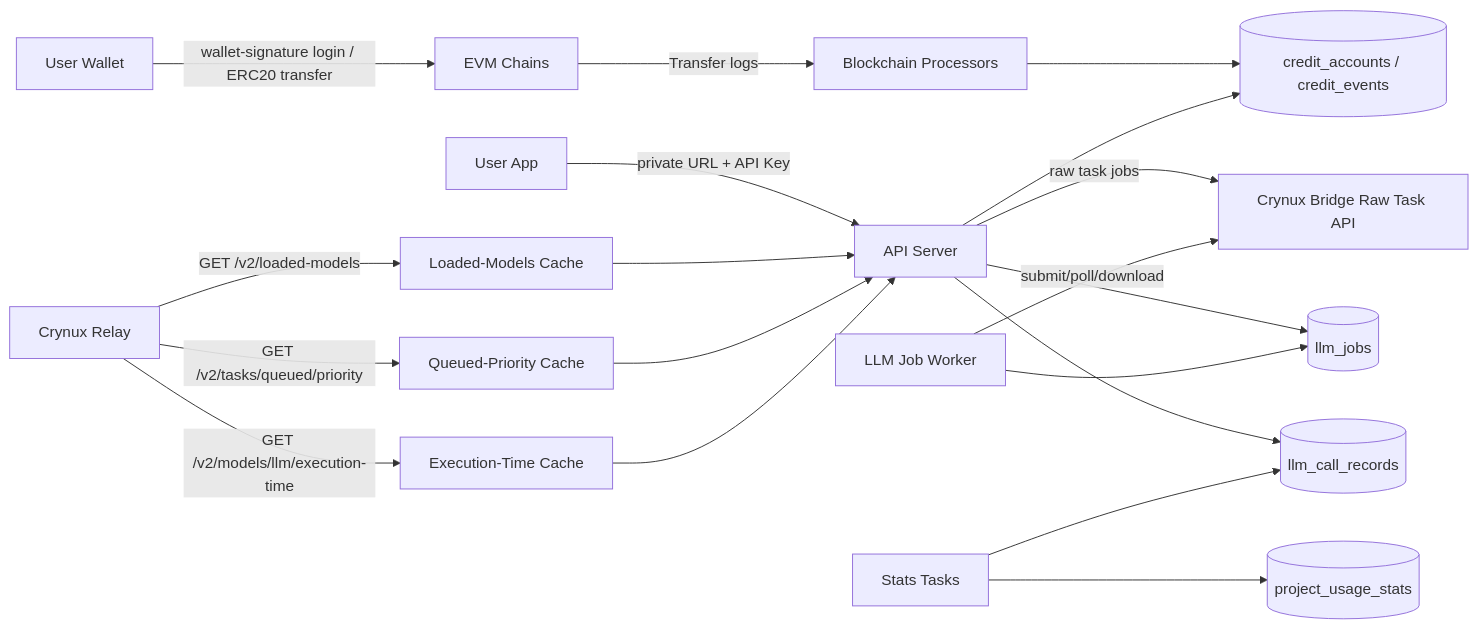
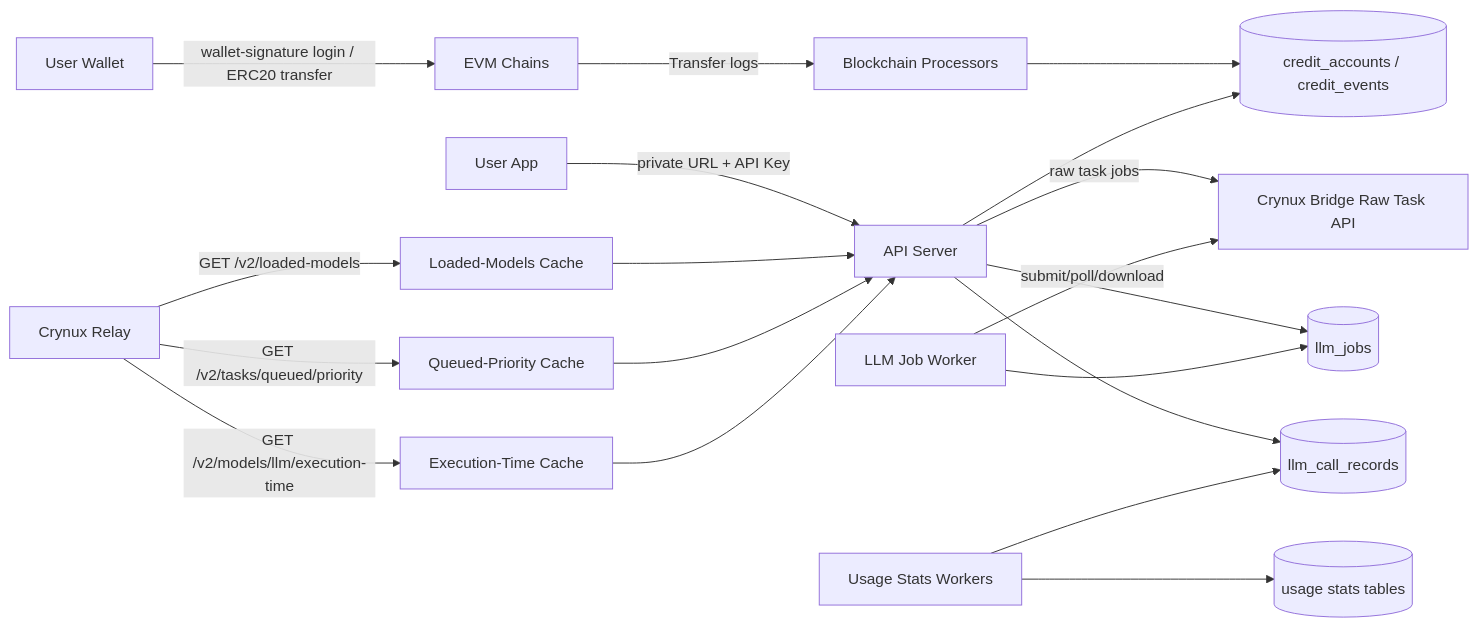
One commit to crynux-network/crynux-as changed the diagram in docs/architecture.md. Above: the diagram before and after it, drawn with Mermaid. The commit also changed other lines of this file and 31 other files, not shown here.

Commit message:
[feature] usage stats

````diff
--- a/docs/architecture.md
+++ b/docs/architecture.md
@@ -9,21 +9,21 @@
 ```mermaid
 flowchart LR
   Wallet[User Wallet] -->|"wallet-signature login / ERC20 transfer"| Chain[EVM Chains]
   Client[User App] -->|"private URL + API Key"| API[API Server]
   Chain -->|"Transfer logs"| Scanner[Blockchain Processors]
   Scanner --> Ledger[(credit_accounts / credit_events)]
   API --> Ledger
   API -->|raw task jobs| Bridge[Crynux Bridge Raw Task API]
   API --> Jobs[(llm_jobs)]
   Worker[LLM Job Worker] --> Jobs
   Worker -->|submit/poll/download| Bridge
   API --> Records[(llm_call_records)]
   Relay[Crynux Relay] -->|"GET /v2/loaded-models"| Cache[Loaded-Models Cache]
   Relay -->|"GET /v2/tasks/queued/priority"| PriorityCache[Queued-Priority Cache]
   Relay -->|"GET /v2/models/llm/execution-time"| ExecTimeCache[Execution-Time Cache]
   Cache --> API
   PriorityCache --> API
   ExecTimeCache --> API
-  Stats[Stats Tasks] --> Records
-  Stats --> Usage[(project_usage_stats)]
+  Stats[Usage Stats Workers] --> Records
+  Stats --> Usage[(usage stats tables)]
 ```
````
